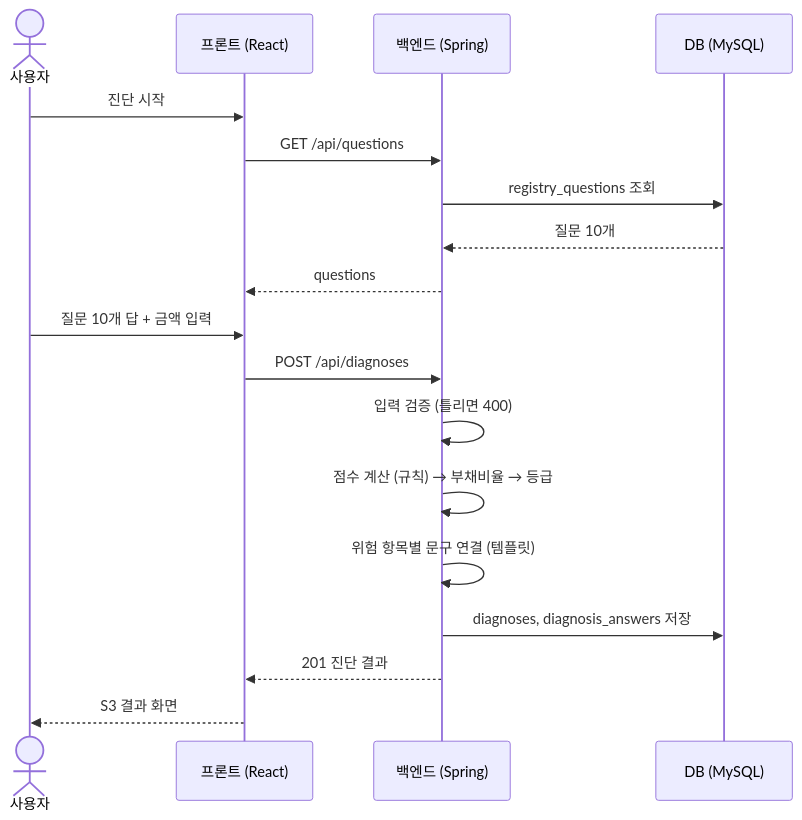
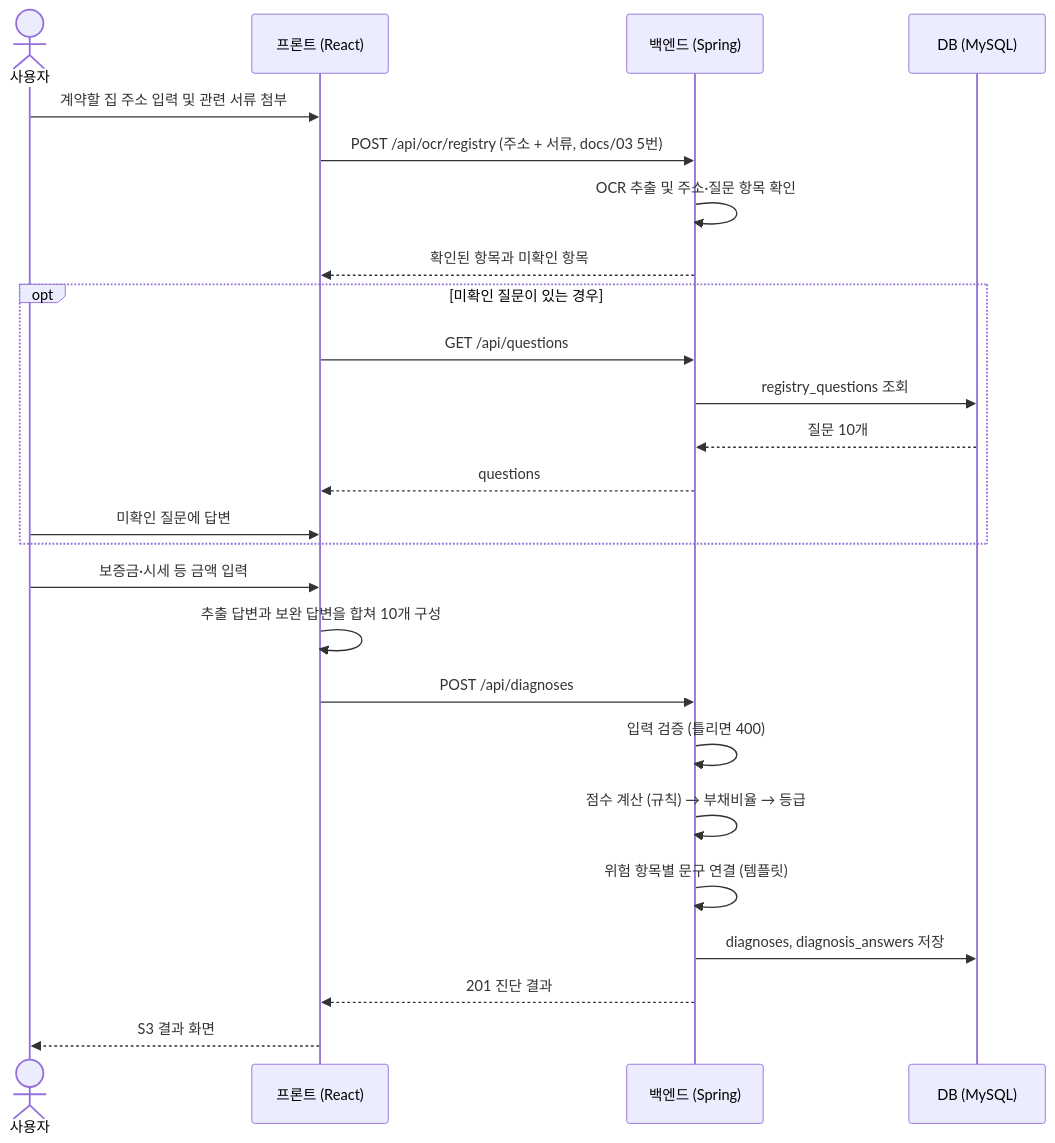
One commit to LGCNS-HackerTon/FrontEnd changed the second of 3 diagrams in docs/06-service-flow.md. Above: the diagram before and after it, drawn with Mermaid. The commit also changed other lines of this file and 7 other files, not shown here.

````diff
--- a/docs/06-service-flow.md
+++ b/docs/06-service-flow.md
@@ -99,21 +102,28 @@
 ```mermaid
 sequenceDiagram
     actor U as 사용자
     participant FE as 프론트 (React)
     participant BE as 백엔드 (Spring)
     participant DB as DB (MySQL)
 
-    U->>FE: 진단 시작
-    FE->>BE: GET /api/questions
-    BE->>DB: registry_questions 조회
-    DB-->>BE: 질문 10개
-    BE-->>FE: questions
-    U->>FE: 질문 10개 답 + 금액 입력
+    U->>FE: 계약할 집 주소 입력 및 관련 서류 첨부
+    FE->>BE: POST /api/ocr/registry (주소 + 서류, docs/03 5번)
+    BE->>BE: OCR 추출 및 주소·질문 항목 확인
+    BE-->>FE: 확인된 항목과 미확인 항목
+    opt 미확인 질문이 있는 경우
+        FE->>BE: GET /api/questions
+        BE->>DB: registry_questions 조회
+        DB-->>BE: 질문 10개
+        BE-->>FE: questions
+        U->>FE: 미확인 질문에 답변
+    end
+    U->>FE: 보증금·시세 등 금액 입력
+    FE->>FE: 추출 답변과 보완 답변을 합쳐 10개 구성
     FE->>BE: POST /api/diagnoses
     BE->>BE: 입력 검증 (틀리면 400)
     BE->>BE: 점수 계산 (규칙) → 부채비율 → 등급
     BE->>BE: 위험 항목별 문구 연결 (템플릿)
     BE->>DB: diagnoses, diagnosis_answers 저장
     BE-->>FE: 201 진단 결과
     FE-->>U: S3 결과 화면
 ```
````
